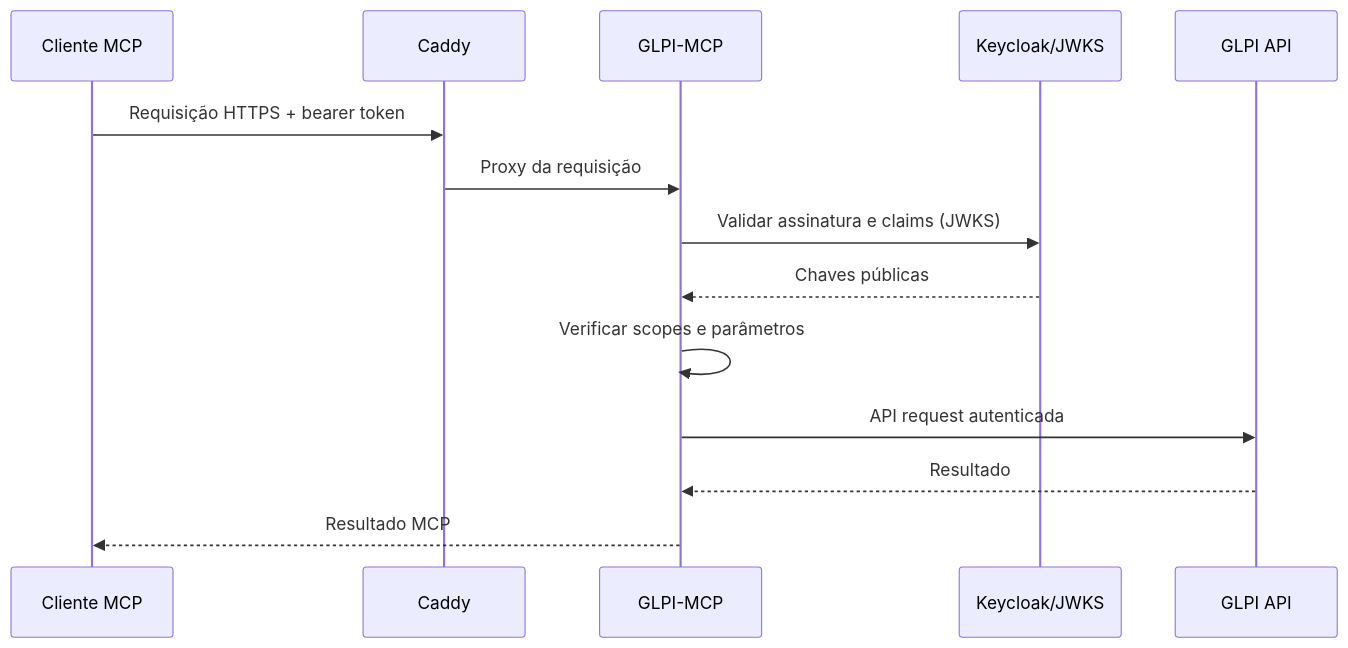
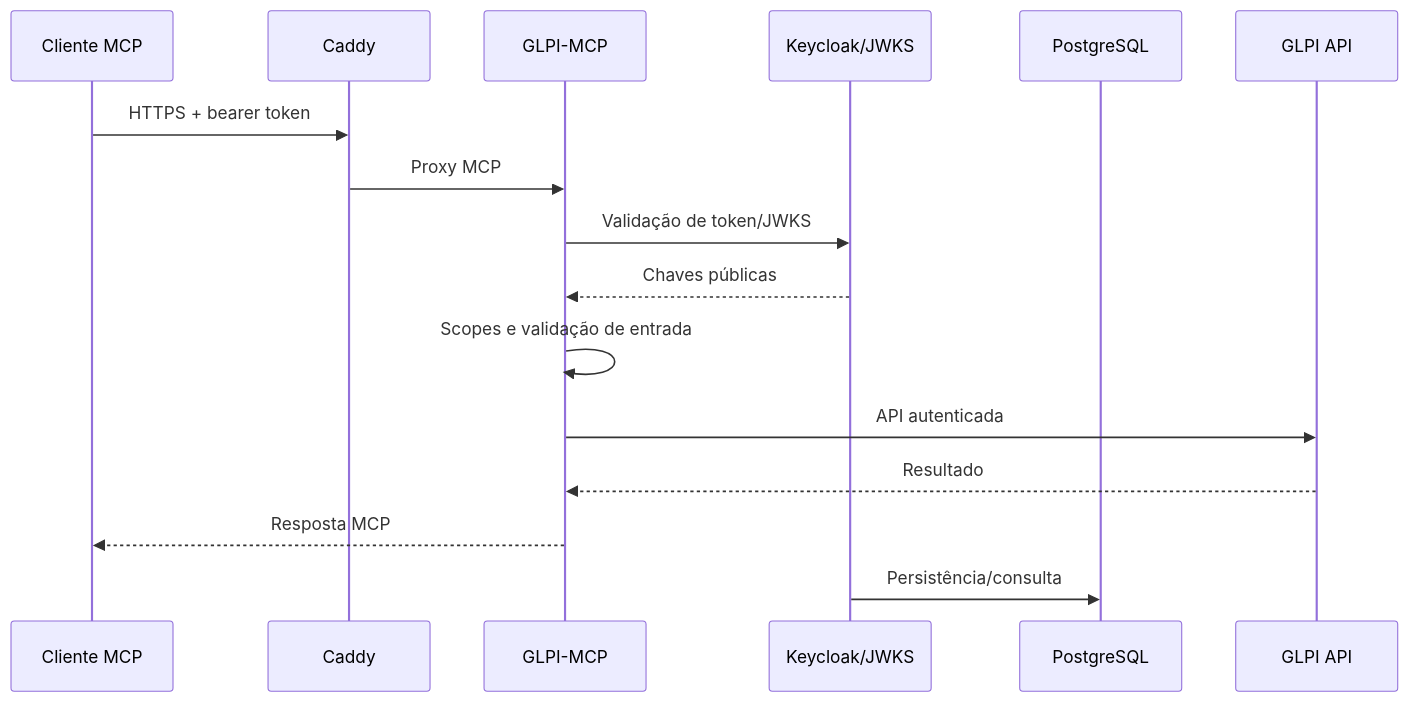
Before and after one commit to efssantos/glpi-mcp: the second of 2 diagrams in docs/ARCHITECTURE.md, drawn with Mermaid. The commit also changed other lines of this file, not shown here.

````diff
--- a/docs/ARCHITECTURE.md
+++ b/docs/ARCHITECTURE.md
@@ -51,16 +54,18 @@
 ```mermaid
 sequenceDiagram
     participant C as Cliente MCP
     participant P as Caddy
     participant M as GLPI-MCP
     participant I as Keycloak/JWKS
+    participant D as PostgreSQL
     participant G as GLPI API
-    C->>P: Requisição HTTPS + bearer token
-    P->>M: Proxy da requisição
-    M->>I: Validar assinatura e claims (JWKS)
+    C->>P: HTTPS + bearer token
+    P->>M: Proxy MCP
+    M->>I: Validação de token/JWKS
     I-->>M: Chaves públicas
-    M->>M: Verificar scopes e parâmetros
-    M->>G: API request autenticada
+    M->>M: Scopes e validação de entrada
+    M->>G: API autenticada
     G-->>M: Resultado
-    M-->>C: Resultado MCP
+    M-->>C: Resposta MCP
+    I->>D: Persistência/consulta
 ```
````
